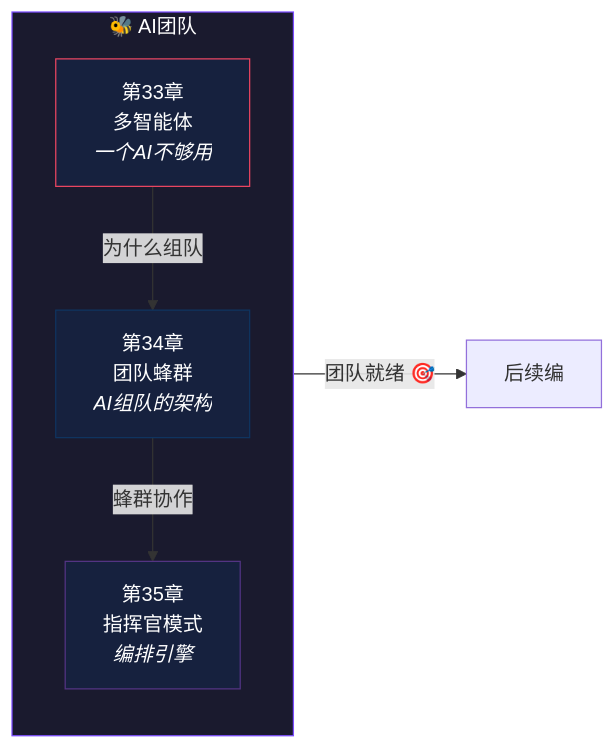
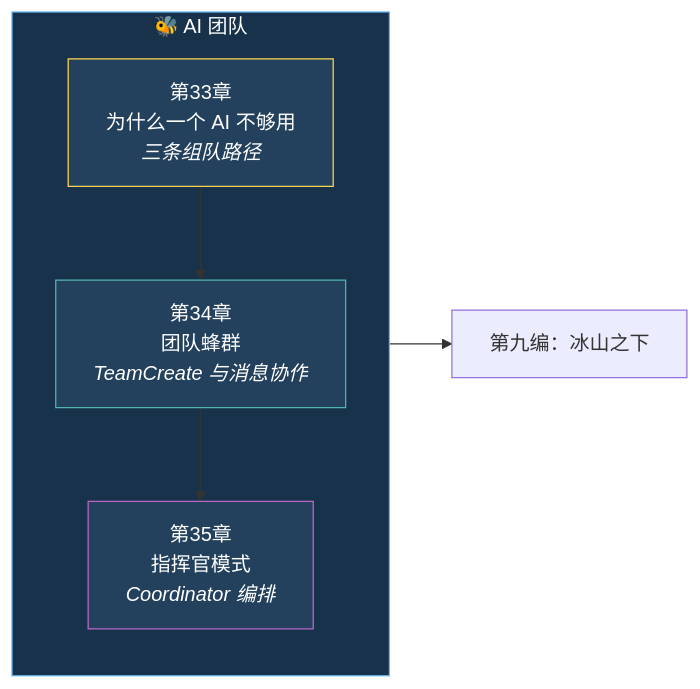
The diagram in docs/part8/index.md (wangedoo518/claude-code-book), drawn with Mermaid before and after one commit. The commit also changed other lines of this file and 25 other files, not shown here.

````diff
--- a/docs/part8/index.md
+++ b/docs/part8/index.md
@@ -19,18 +19,17 @@
 ```mermaid
 flowchart LR
-    subgraph 第八编["🐝 AI团队"]
+    subgraph 第八编["🐝 AI 团队"]
         direction TB
-        C33["第33章<br/>多智能体<br/><i>一个AI不够用</i>"]
-        C34["第34章<br/>团队蜂群<br/><i>AI组队的架构</i>"]
-        C35["第35章<br/>指挥官模式<br/><i>编排引擎</i>"]
+        C33["第33章<br/>为什么一个 AI 不够用<br/><i>三条组队路径</i>"]
+        C34["第34章<br/>团队蜂群<br/><i>TeamCreate 与消息协作</i>"]
+        C35["第35章<br/>指挥官模式<br/><i>Coordinator 编排</i>"]
     end
 
-    C33 -->|为什么组队| C34
-    C34 -->|蜂群协作| C35
-    C35 -->|"团队就绪 🎯"| 后续编
+    C33 --> C34 --> C35
+    C35 --> NEXT["第九编：冰山之下"]
 
-    style 第八编 fill:#1a1a2e,stroke:#7c4dff,color:#fff
-    style C33 fill:#16213e,stroke:#e94560,color:#fff
-    style C34 fill:#16213e,stroke:#0f3460,color:#fff
-    style C35 fill:#16213e,stroke:#533483,color:#fff
+    style 第八编 fill:#18324b,stroke:#64b5f6,color:#fff
+    style C33 fill:#23415d,stroke:#ffd54f,color:#fff
+    style C34 fill:#23415d,stroke:#4db6ac,color:#fff
+    style C35 fill:#23415d,stroke:#ba68c8,color:#fff
 ```
````
